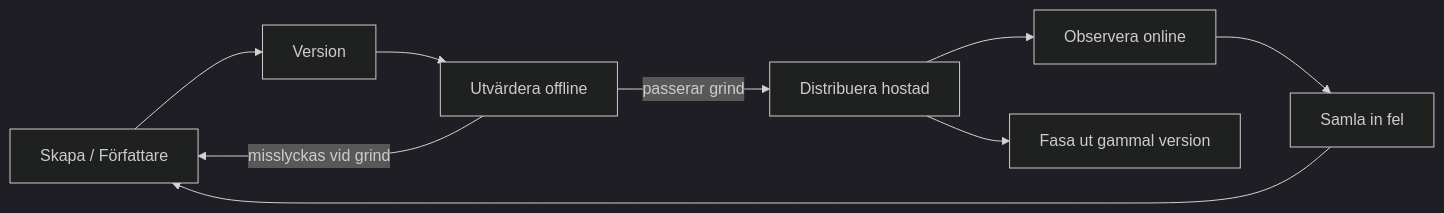
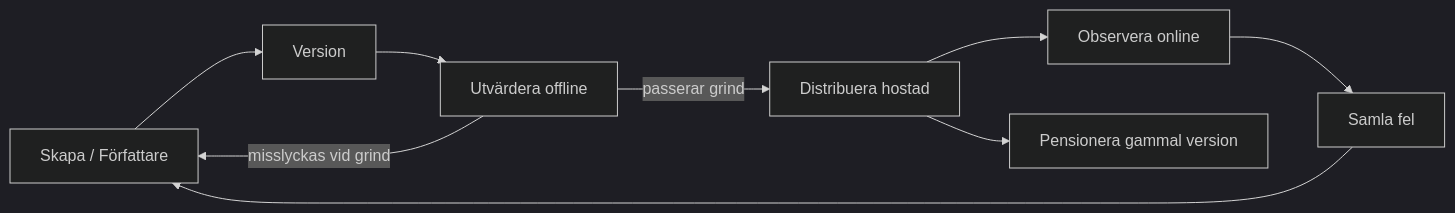
One commit to gabrielmoreira/agent-skills-mirror changed the second of 4 diagrams in mirrors/repos/microsoft@ai-agents-for-beginners/translations/sv/16-deploying-scalable-agents/README.md. Above: the diagram before and after it, drawn with Mermaid (dark theme). The commit also changed other lines of this file and 3581 other files, not shown here.

````diff
--- a/mirrors/repos/microsoft@ai-agents-for-beginners/translations/sv/16-deploying-scalable-agents/README.md
+++ b/mirrors/repos/microsoft@ai-agents-for-beginners/translations/sv/16-deploying-scalable-agents/README.md
@@ -108,11 +108,11 @@
 ```mermaid
 flowchart LR
     Create[Skapa / Författare] --> Version[Version]
     Version --> Evaluate[Utvärdera offline]
     Evaluate -->|passerar grind| Deploy[Distribuera hostad]
     Evaluate -->|misslyckas vid grind| Create
     Deploy --> Observe[Observera online]
-    Observe --> Improve[Samla in fel]
+    Observe --> Improve[Samla fel]
     Improve --> Create
-    Deploy --> Retire[Fasa ut gammal version]
+    Deploy --> Retire[Pensionera gammal version]
 ```
````
